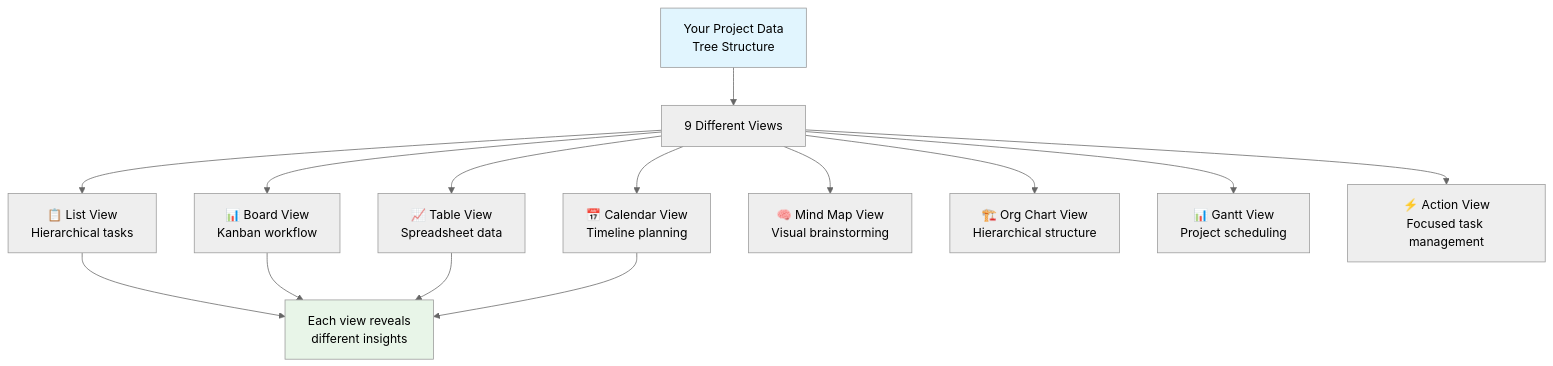
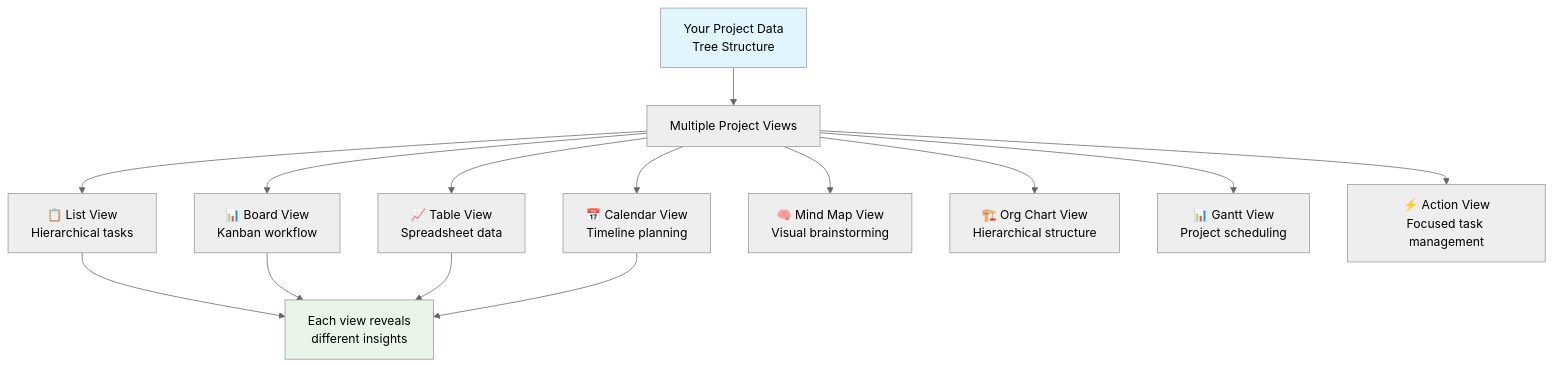
The diagram in help-and-support/index/02_projects.md (taskade/docs), drawn with Mermaid (neutral theme) before and after one commit. The commit also changed other lines of this file and 23 other files, not shown here.

````diff
--- a/help-and-support/index/02_projects.md
+++ b/help-and-support/index/02_projects.md
@@ -25,21 +25,21 @@
 ```mermaid
 flowchart TD
-    DATA[Your Project Data<br/>Tree Structure] --> VIEWS[9 Different Views]
+    DATA[Your Project Data<br/>Tree Structure] --> VIEWS[Multiple Project Views]
 
     VIEWS --> LIST[📋 List View<br/>Hierarchical tasks]
     VIEWS --> BOARD[📊 Board View<br/>Kanban workflow]
     VIEWS --> TABLE[📈 Table View<br/>Spreadsheet data]
     VIEWS --> CALENDAR[📅 Calendar View<br/>Timeline planning]
     VIEWS --> MIND[🧠 Mind Map View<br/>Visual brainstorming]
     VIEWS --> ORG[🏗️ Org Chart View<br/>Hierarchical structure]
     VIEWS --> GANTT[📊 Gantt View<br/>Project scheduling]
     VIEWS --> ACTION[⚡ Action View<br/>Focused task management]
 
     LIST --> INSIGHT[Each view reveals<br/>different insights]
     BOARD --> INSIGHT
     TABLE --> INSIGHT
     CALENDAR --> INSIGHT
 
     style DATA fill:#e1f5fe
     style INSIGHT fill:#e8f5e8
 ```
````
